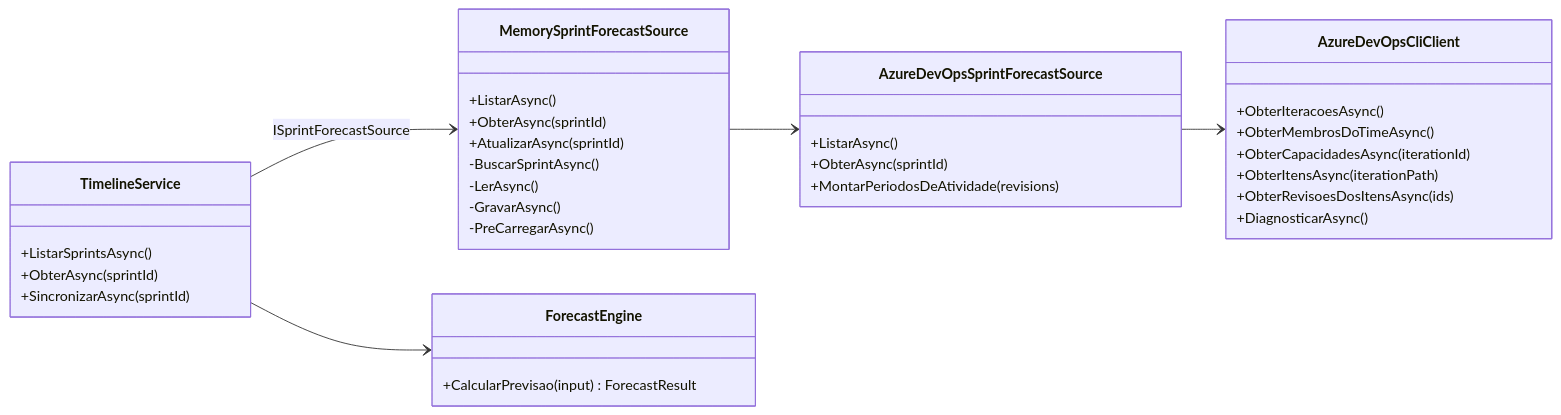
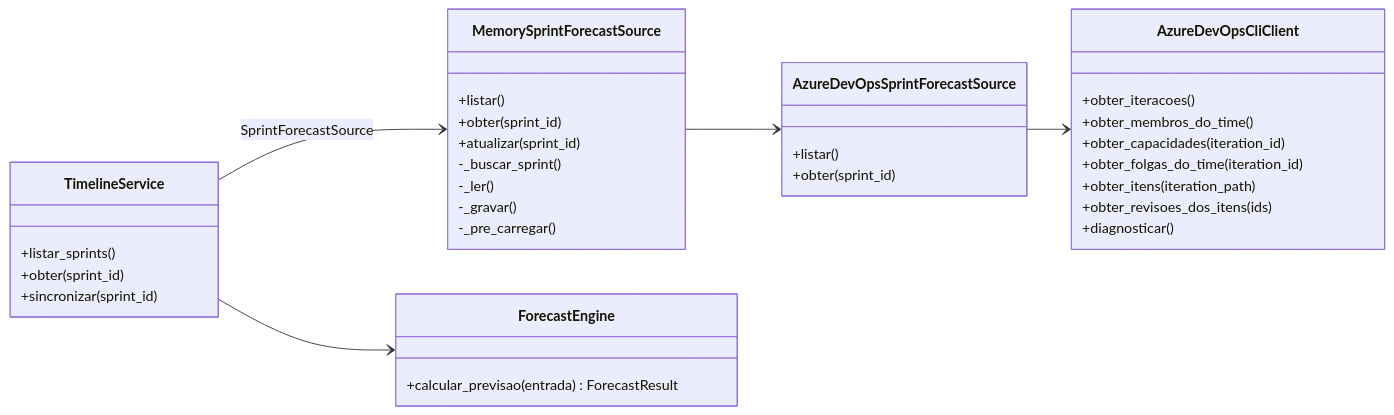
The second of 7 diagrams in .docs/ARQUITETURA.md (alepspizzetti/SprintFlow), drawn with Mermaid before and after one commit. The commit also changed other lines of this file and 54 other files, not shown here.

````diff
--- a/.docs/ARQUITETURA.md
+++ b/.docs/ARQUITETURA.md
@@ -76,38 +76,38 @@
 ```mermaid
 classDiagram
   direction LR
   class TimelineService {
-    +ListarSprintsAsync()
-    +ObterAsync(sprintId)
-    +SincronizarAsync(sprintId)
+    +listar_sprints()
+    +obter(sprint_id)
+    +sincronizar(sprint_id)
   }
   class MemorySprintForecastSource {
-    +ListarAsync()
-    +ObterAsync(sprintId)
-    +AtualizarAsync(sprintId)
-    -BuscarSprintAsync()
-    -LerAsync()
-    -GravarAsync()
-    -PreCarregarAsync()
+    +listar()
+    +obter(sprint_id)
+    +atualizar(sprint_id)
+    -_buscar_sprint()
+    -_ler()
+    -_gravar()
+    -_pre_carregar()
   }
   class AzureDevOpsSprintForecastSource {
-    +ListarAsync()
-    +ObterAsync(sprintId)
-    +MontarPeriodosDeAtividade(revisions)
+    +listar()
+    +obter(sprint_id)
   }
   class AzureDevOpsCliClient {
-    +ObterIteracoesAsync()
-    +ObterMembrosDoTimeAsync()
-    +ObterCapacidadesAsync(iterationId)
-    +ObterItensAsync(iterationPath)
-    +ObterRevisoesDosItensAsync(ids)
-    +DiagnosticarAsync()
+    +obter_iteracoes()
+    +obter_membros_do_time()
+    +obter_capacidades(iteration_id)
+    +obter_folgas_do_time(iteration_id)
+    +obter_itens(iteration_path)
+    +obter_revisoes_dos_itens(ids)
+    +diagnosticar()
   }
   class ForecastEngine {
-    +CalcularPrevisao(input) ForecastResult
+    +calcular_previsao(entrada) ForecastResult
   }
-  TimelineService --> MemorySprintForecastSource : ISprintForecastSource
+  TimelineService --> MemorySprintForecastSource : SprintForecastSource
   TimelineService --> ForecastEngine
   MemorySprintForecastSource --> AzureDevOpsSprintForecastSource
   AzureDevOpsSprintForecastSource --> AzureDevOpsCliClient
 ```
````
